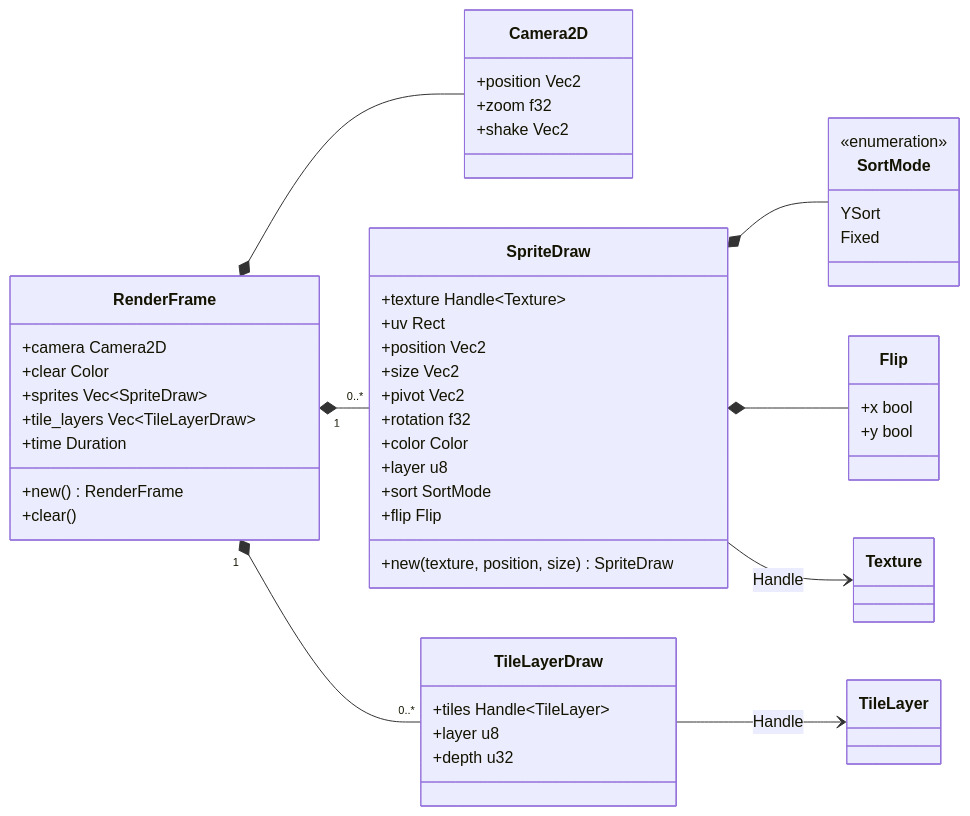
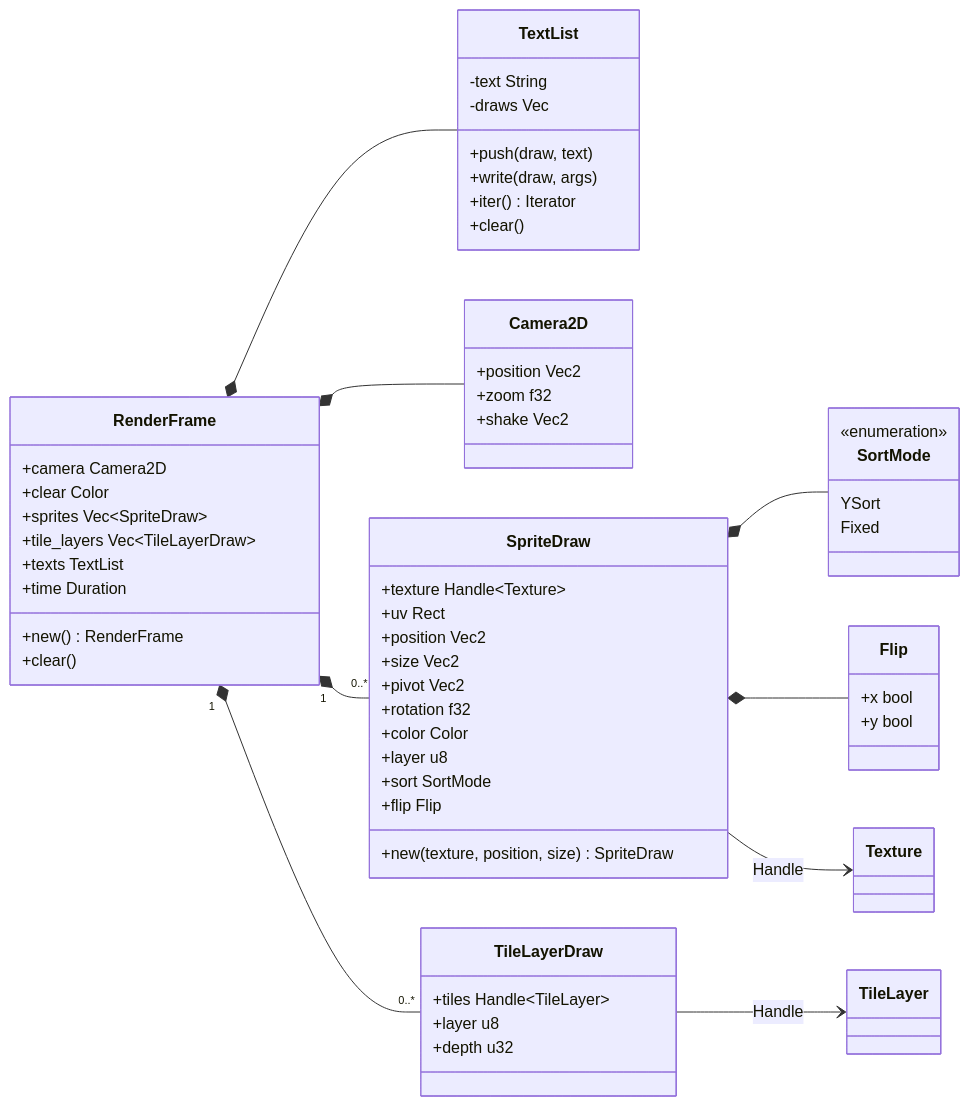
Before and after one commit to jabbott-iii/Nadir: diagram 15 of 31 in diagrams/class-diagram.md, drawn with Mermaid. The commit also changed other lines of this file and 35 other files, not shown here.

````diff
--- a/diagrams/class-diagram.md
+++ b/diagrams/class-diagram.md
@@ -1142,54 +1176,64 @@
 ```mermaid
 classDiagram
     direction LR
     class RenderFrame {
         +camera Camera2D
         +clear Color
         +sprites Vec~SpriteDraw~
         +tile_layers Vec~TileLayerDraw~
+        +texts TextList
         +time Duration
         +new() RenderFrame
+        +clear()
+    }
+    class TextList {
+        -text String
+        -draws Vec
+        +push(draw, text)
+        +write(draw, args)
+        +iter() Iterator
         +clear()
     }
     class Camera2D {
         +position Vec2
         +zoom f32
         +shake Vec2
     }
     class SpriteDraw {
         +texture Handle~Texture~
         +uv Rect
         +position Vec2
         +size Vec2
         +pivot Vec2
         +rotation f32
         +color Color
         +layer u8
         +sort SortMode
         +flip Flip
         +new(texture, position, size) SpriteDraw
     }
     class SortMode {
         <<enumeration>>
         YSort
         Fixed
     }
     class Flip {
         +x bool
         +y bool
     }
     class TileLayerDraw {
         +tiles Handle~TileLayer~
         +layer u8
         +depth u32
     }
     class Texture
     class TileLayer
     RenderFrame *-- Camera2D
     RenderFrame "1" *-- "0..*" SpriteDraw
     RenderFrame "1" *-- "0..*" TileLayerDraw
+    RenderFrame *-- TextList
     SpriteDraw *-- SortMode
     SpriteDraw *-- Flip
     SpriteDraw --> Texture : Handle
     TileLayerDraw --> TileLayer : Handle
 ```
````
